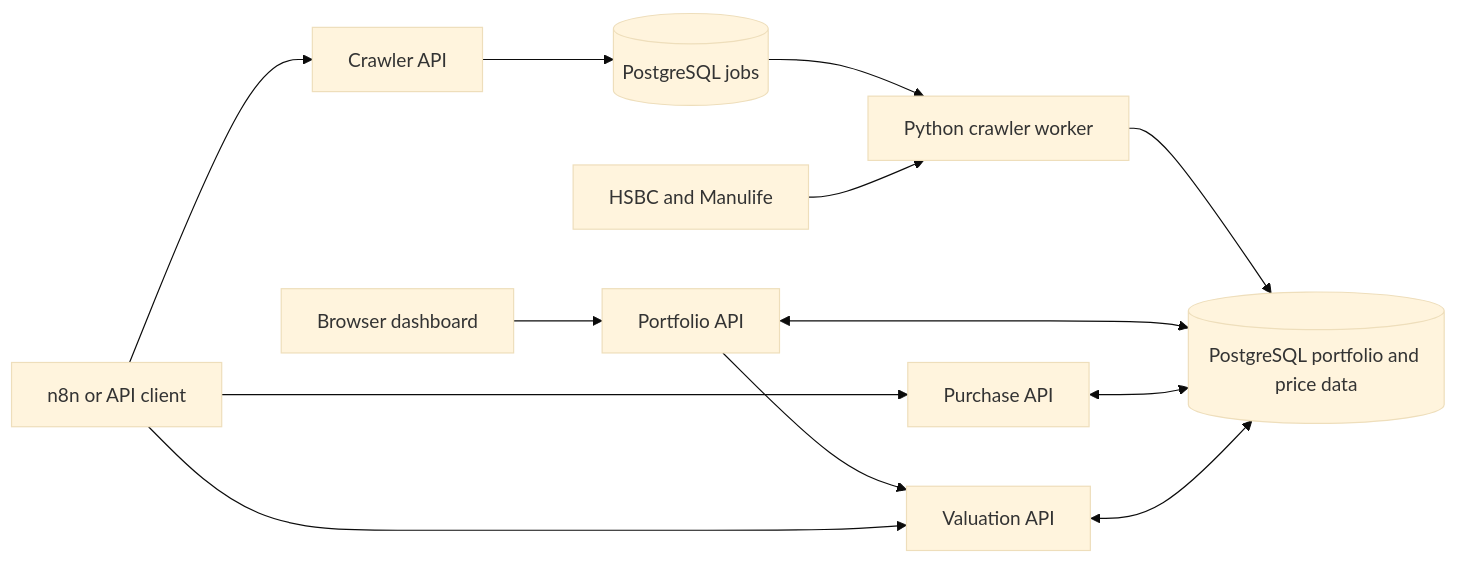
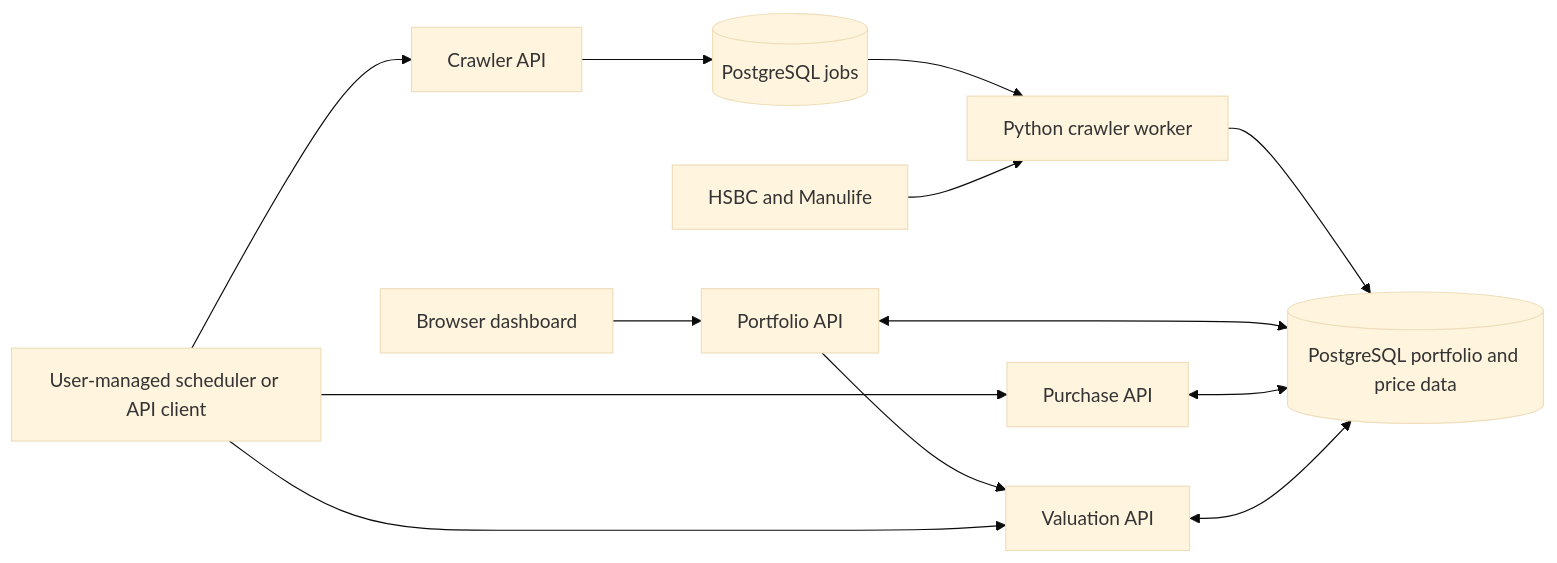
The diagram in README.md (wahackr/MPF-Tracker), drawn with Mermaid (base theme) before and after one commit. The commit also changed other lines of this file and 6 other files, not shown here.

````diff
--- a/README.md
+++ b/README.md
@@ -21,15 +21,15 @@
 ```mermaid
 flowchart LR
-    N[n8n or API client] --> C[Crawler API]
+    N[User-managed scheduler or API client] --> C[Crawler API]
     C --> J[(PostgreSQL jobs)]
     J --> W[Python crawler worker]
     F[HSBC and Manulife] --> W
     W --> D[(PostgreSQL portfolio and price data)]
     B[Browser dashboard] --> P[Portfolio API]
     P <--> D
     P --> V[Valuation API]
     N --> U[Purchase API]
     N --> V
     U <--> D
     V <--> D
 ```
````
